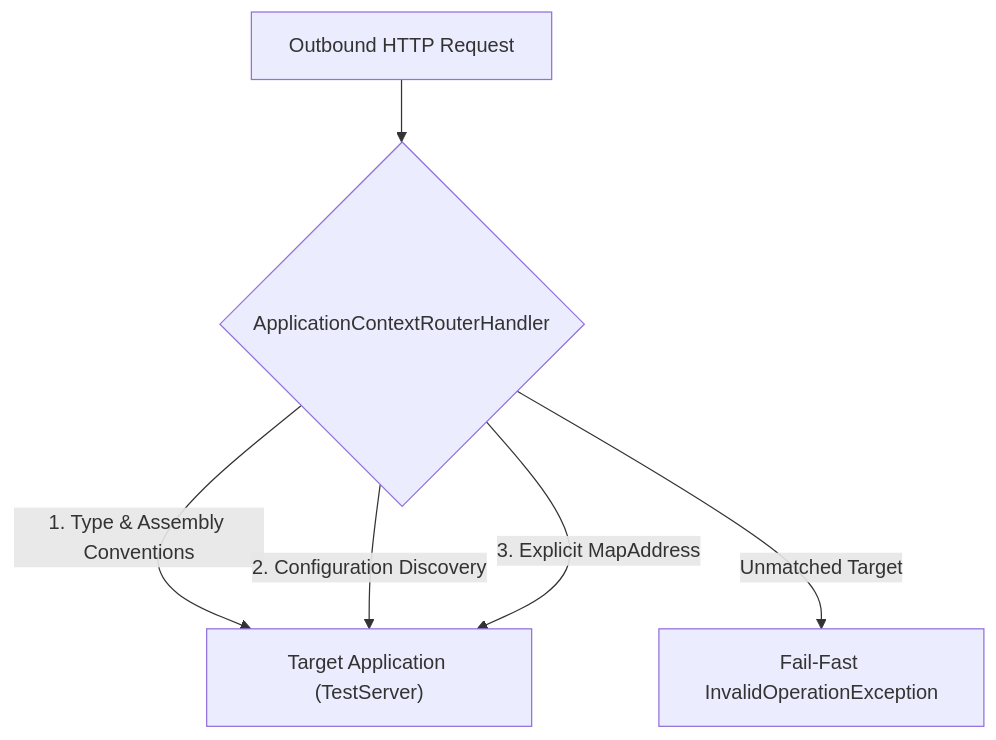
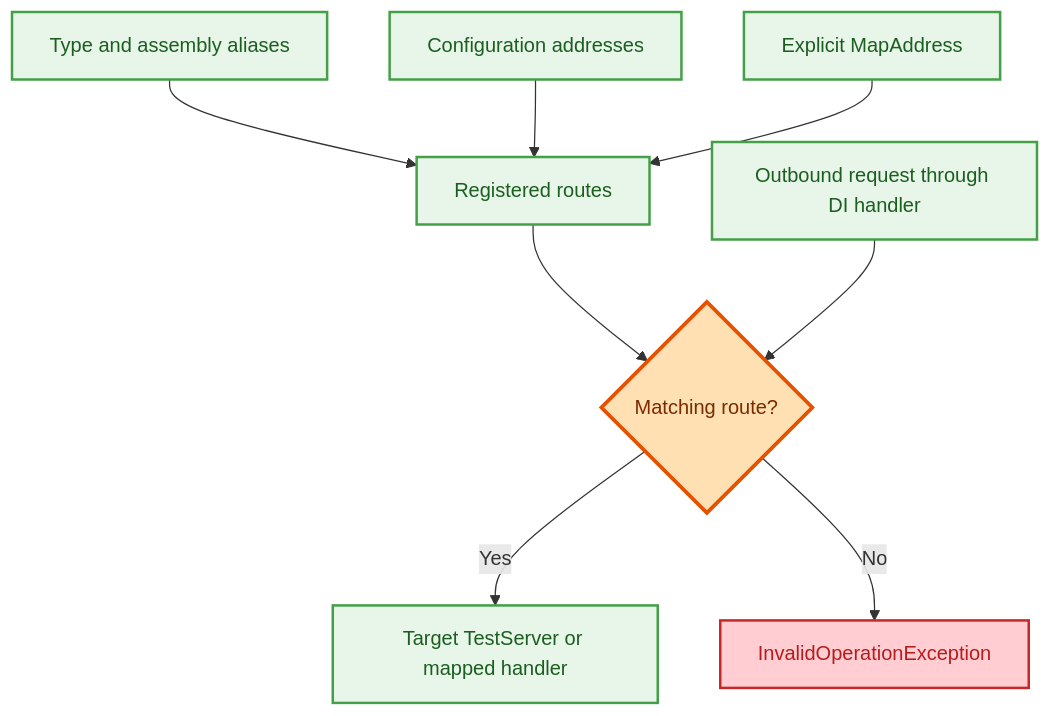
The diagram in DRN.Framework.Testing/README.md (duranserkan/DRN-Project), drawn with Mermaid before and after one commit. The commit also changed other lines of this file and 4 other files, not shown here.

````diff
--- a/DRN.Framework.Testing/README.md
+++ b/DRN.Framework.Testing/README.md
@@ -346,8 +311,18 @@
 ```mermaid
 flowchart TD
-    Req["Outbound HTTP Request"] --> Router{"ApplicationContextRouterHandler"}
-    Router -->|"1. Type & Assembly Conventions"| App["Target Application (TestServer)"]
-    Router -->|"2. Configuration Discovery"| App
-    Router -->|"3. Explicit MapAddress"| App
-    Router -->|"Unmatched Target"| Fail["Fail-Fast InvalidOperationException"]
+    Conventions["Type and assembly aliases"] --> Routes["Registered routes"]
+    Config["Configuration addresses"] --> Routes
+    Explicit["Explicit MapAddress"] --> Routes
+    Routes --> Router{"Matching route?"}
+    Req["Outbound request through DI handler"] --> Router
+    Router -->|"Yes"| App["Target TestServer or mapped handler"]
+    Router -->|"No"| Fail["InvalidOperationException"]
+
+    %% Explicit styles keep labels readable in light and dark themes.
+    classDef normal fill:#E8F5E9,stroke:#43A047,stroke-width:2px,color:#1B5E20
+    classDef decision fill:#FFE0B2,stroke:#E65100,stroke-width:3px,color:#7A2900
+    classDef error fill:#FFCDD2,stroke:#C62828,stroke-width:2px,color:#B71C1C
+    class Conventions,Config,Explicit,Routes,Req,App normal
+    class Router decision
+    class Fail error
 ```
````
